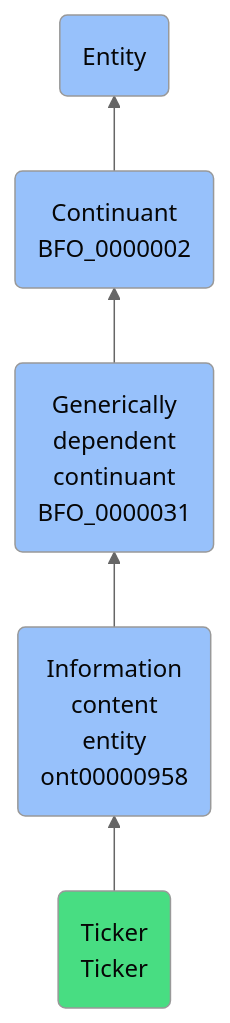
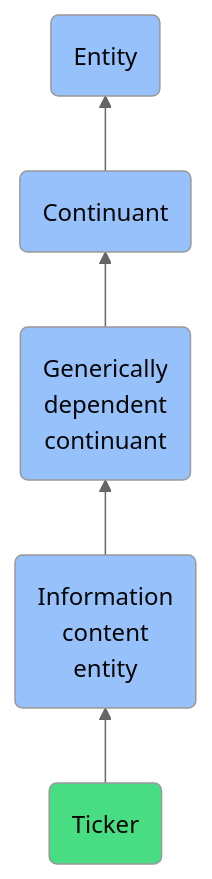
One commit to jupyter-naas/abi changed the diagram in docs/ontology/reference/model/Entity/Continuant/Generically dependent continuant/Information content entity/Ticker/Ticker.md. Above: the diagram before and after it, drawn with Mermaid (neutral theme). The commit also changed other lines of this file and 1430 other files, not shown here.

````diff
--- a/docs/ontology/reference/model/Entity/Continuant/Generically dependent continuant/Information content entity/Ticker/Ticker.md
+++ b/docs/ontology/reference/model/Entity/Continuant/Generically dependent continuant/Information content entity/Ticker/Ticker.md
@@ -24,12 +24,12 @@
 ```mermaid
 graph BT
-    Ticker(Ticker<br>Ticker):::ABI-->ont00000958
-    ont00000958(Information<br>content<br>entity<br>ont00000958):::BFO-->BFO_0000031
-    BFO_0000031(Generically<br>dependent<br>continuant<br>BFO_0000031):::BFO-->BFO_0000002
-    BFO_0000002(Continuant<br>BFO_0000002):::BFO-->BFO_0000001
+    Ticker(Ticker):::ABI-->ont00000958
+    ont00000958(Information<br>content<br>entity):::BFO-->BFO_0000031
+    BFO_0000031(Generically<br>dependent<br>continuant):::BFO-->BFO_0000002
+    BFO_0000002(Continuant):::BFO-->BFO_0000001
     BFO_0000001(Entity):::BFO
     
     classDef BFO fill:#97c1fb,color:#060606
     classDef CCO fill:#e4c51e,color:#060606
     classDef ABI fill:#48DD82,color:#060606
 ```
````
